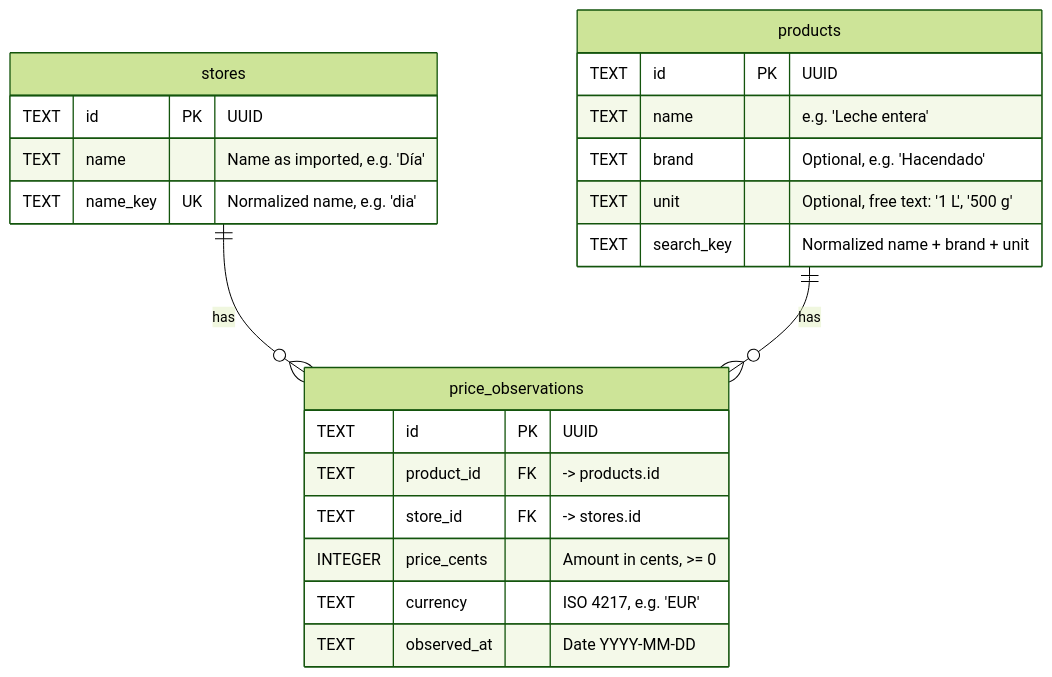
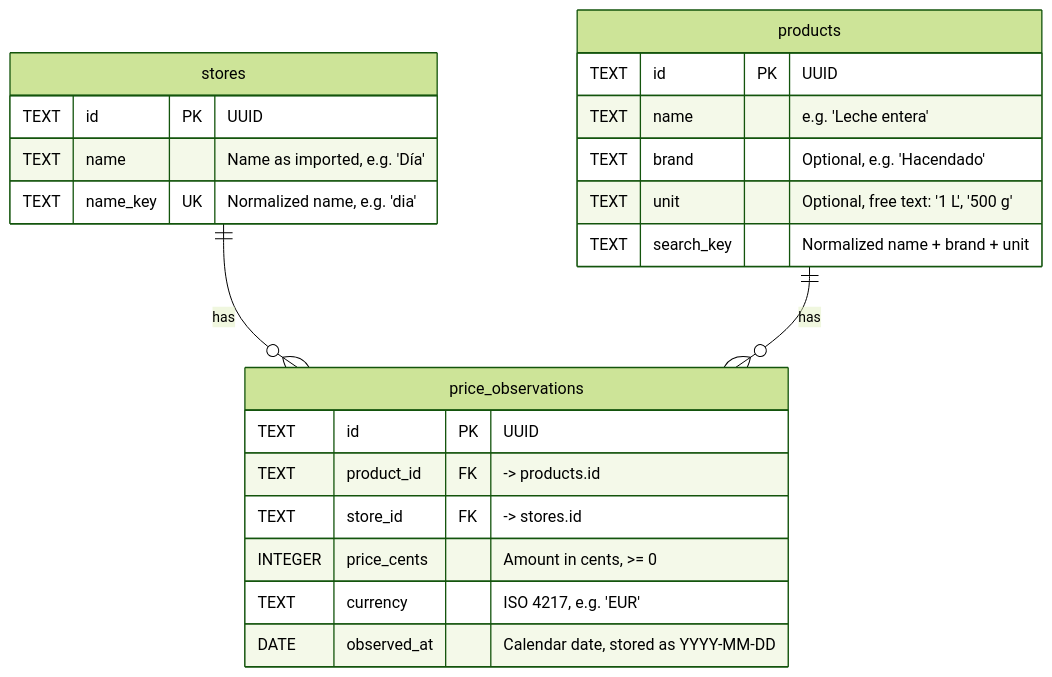
Before and after one commit to rchavarria/cartrac: the diagram in docs/data-model.md, drawn with Mermaid (forest theme). The commit also changed other lines of this file and 13 other files, not shown here.

First line of the commit message:
♻️ price_observations.observed_at field must be a Date

````diff
--- a/docs/data-model.md
+++ b/docs/data-model.md
@@ -12,28 +12,28 @@
 ```mermaid
 erDiagram
     stores ||--o{ price_observations : "has"
     products ||--o{ price_observations : "has"
 
     stores {
         TEXT id PK "UUID"
         TEXT name "Name as imported, e.g. 'Día'"
         TEXT name_key UK "Normalized name, e.g. 'dia'"
     }
 
     products {
         TEXT id PK "UUID"
         TEXT name "e.g. 'Leche entera'"
         TEXT brand "Optional, e.g. 'Hacendado'"
         TEXT unit "Optional, free text: '1 L', '500 g'"
         TEXT search_key "Normalized name + brand + unit"
     }
 
     price_observations {
         TEXT id PK "UUID"
         TEXT product_id FK "-> products.id"
         TEXT store_id FK "-> stores.id"
         INTEGER price_cents "Amount in cents, >= 0"
         TEXT currency "ISO 4217, e.g. 'EUR'"
-        TEXT observed_at "Date YYYY-MM-DD"
+        DATE observed_at "Calendar date, stored as YYYY-MM-DD"
     }
 ```
````
